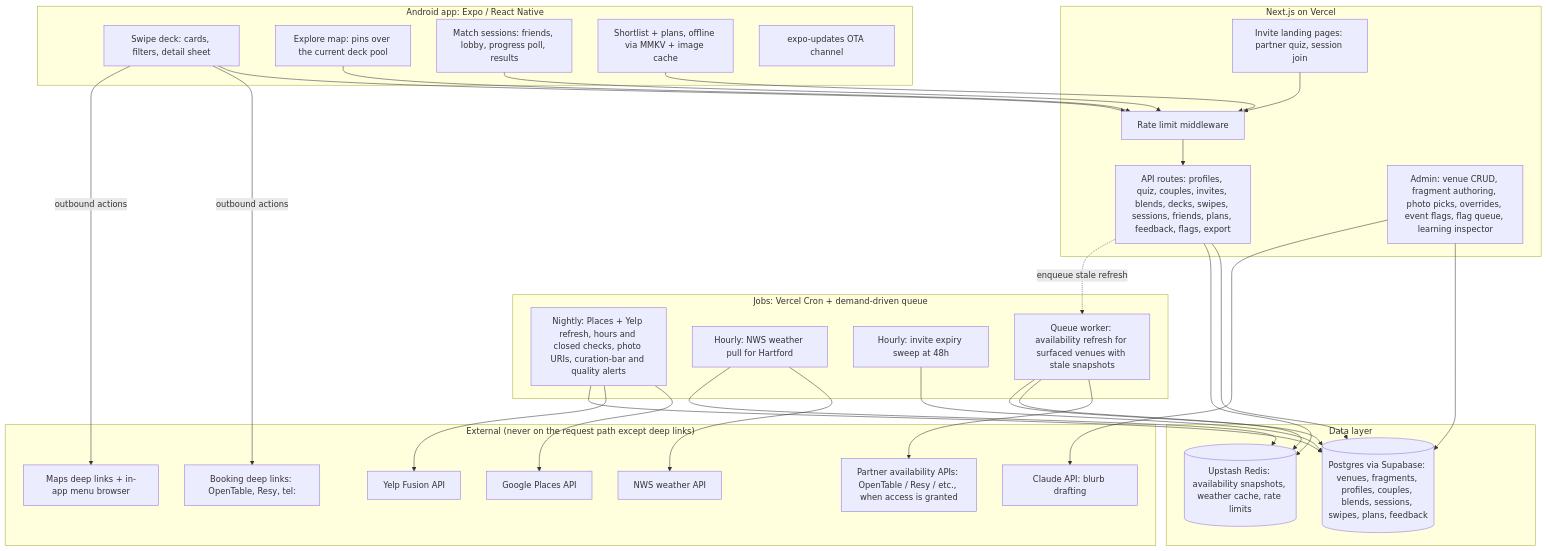
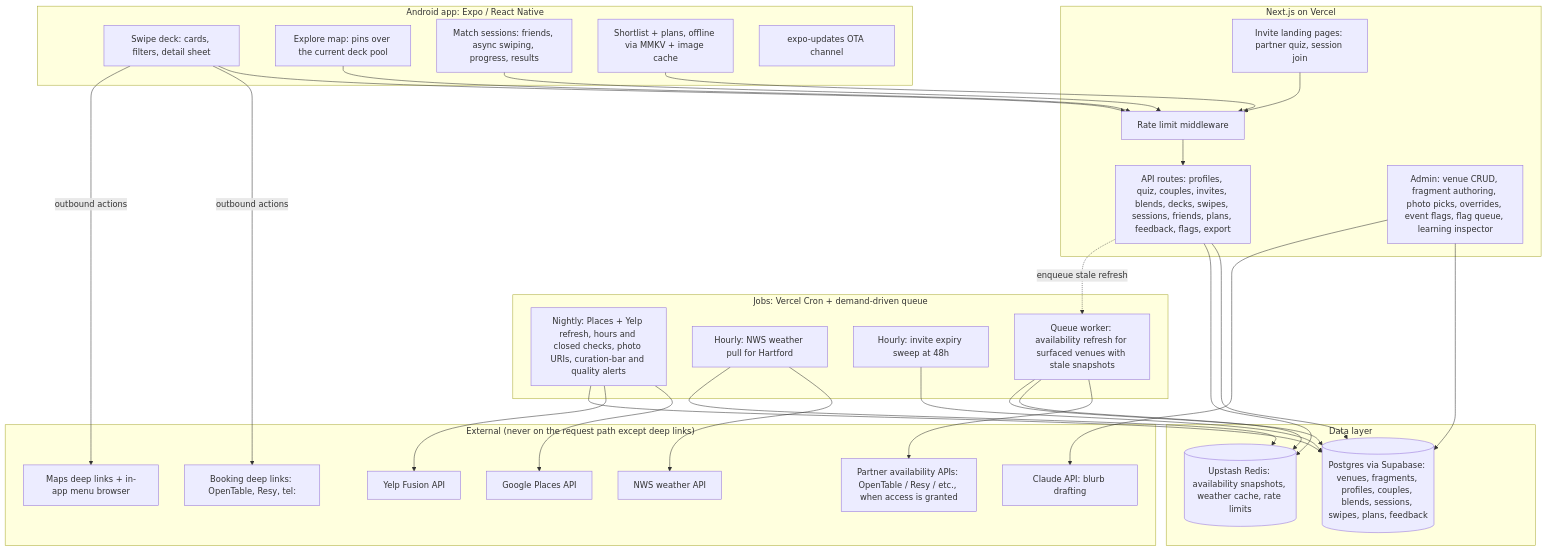
Before and after one commit to jsimo20/where2eat: the first of 7 diagrams in docs/technical-design.md, drawn with Mermaid. The commit also changed other lines of this file and 3 other files, not shown here.

First line of the commit message:
docs: make group matching fully async with deadline-based sessions

````diff
--- a/docs/technical-design.md
+++ b/docs/technical-design.md
@@ -107,52 +107,52 @@
 ```mermaid
 flowchart TB
     subgraph Client["Android app: Expo / React Native"]
         DECK[Swipe deck: cards, filters, detail sheet]
         EXPL[Explore map: pins over the current deck pool]
-        MATCH[Match sessions: friends, lobby, progress poll, results]
+        MATCH[Match sessions: friends, async swiping, progress, results]
         PLANS[Shortlist + plans, offline via MMKV + image cache]
         OTA[expo-updates OTA channel]
     end
 
     subgraph Web["Next.js on Vercel"]
         RL[Rate limit middleware]
         API[API routes: profiles, quiz, couples, invites, blends, decks, swipes, sessions, friends, plans, feedback, flags, export]
         INV[Invite landing pages: partner quiz, session join]
         ADM[Admin: venue CRUD, fragment authoring, photo picks, overrides, event flags, flag queue, learning inspector]
     end
 
     subgraph Data["Data layer"]
         PG[(Postgres via Supabase: venues, fragments, profiles, couples, blends, sessions, swipes, plans, feedback)]
         RD[(Upstash Redis: availability snapshots, weather cache, rate limits)]
     end
 
     subgraph Jobs["Jobs: Vercel Cron + demand-driven queue"]
         J1[Nightly: Places + Yelp refresh, hours and closed checks, photo URIs, curation-bar and quality alerts]
         J2[Hourly: NWS weather pull for Hartford]
         J3[Hourly: invite expiry sweep at 48h]
         J5[Queue worker: availability refresh for surfaced venues with stale snapshots]
     end
 
     subgraph Ext["External (never on the request path except deep links)"]
         GP[Google Places API]
         YF[Yelp Fusion API]
         NWS[NWS weather API]
         CL[Claude API: blurb drafting]
         PA[Partner availability APIs: OpenTable / Resy / etc., when access is granted]
         BK[Booking deep links: OpenTable, Resy, tel:]
         MP[Maps deep links + in-app menu browser]
     end
 
     DECK & EXPL & MATCH & PLANS --> RL
     INV --> RL
     RL --> API
     API --> PG & RD
     API -. enqueue stale refresh .-> J5
     J5 --> PA & RD & PG
     ADM --> PG
     ADM --> CL
     J1 --> GP & YF & PG
     J2 --> NWS & RD
     J3 --> PG
     DECK -- outbound actions --> BK & MP
 ```
````
